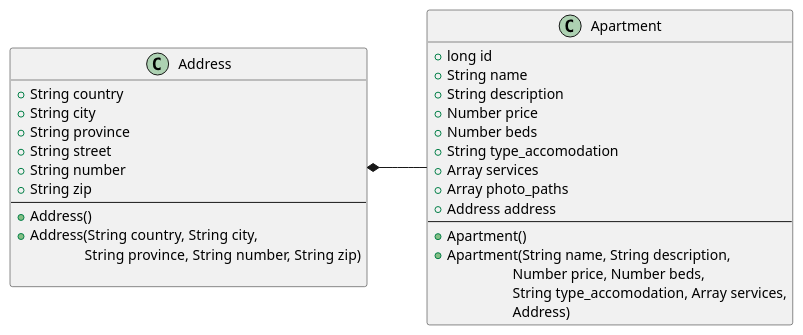
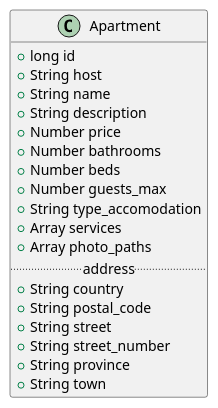
Before and after one commit to TommasoScalici/BnB: the diagram in app-diagrams/class/apartment.wsd, drawn with PlantUML. The commit also changed 2 other files, not shown here.

```diff
--- a/app-diagrams/class/apartment.wsd
+++ b/app-diagrams/class/apartment.wsd
@@ -1,38 +1,25 @@
 @startuml classdiagram
 left to right direction
 
 class Apartment {
   +long id
+  +String host
   +String name
   +String description
   +Number price
+  +Number bathrooms
   +Number beds
+  +Number guests_max
   +String type_accomodation
   +Array services
   +Array photo_paths
-  +Address address
-  --
-  +Apartment()
-  +Apartment(String name, String description,   
-  \t          Number price, Number beds, 
-  \t          String type_accomodation, Array services,
-  \t          Address)
+  .. address ..
+  +String country
+  +String postal_code
+  +String street
+  +String street_number
+  +String province
+  +String town
 }
 
-class Address {
-    +String country
-    +String city
-    +String province
-    +String street
-    +String number
-    +String zip
-    --
-    +Address()
-    +Address(String country, String city,
-\t       String province, String number, String zip)
-
-}
-
-Address *-- Apartment
-
 @enduml
```
